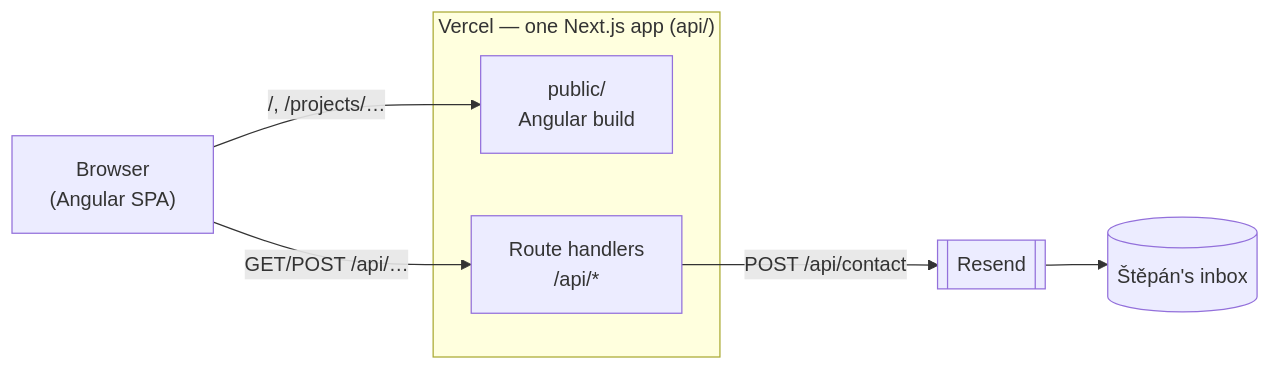
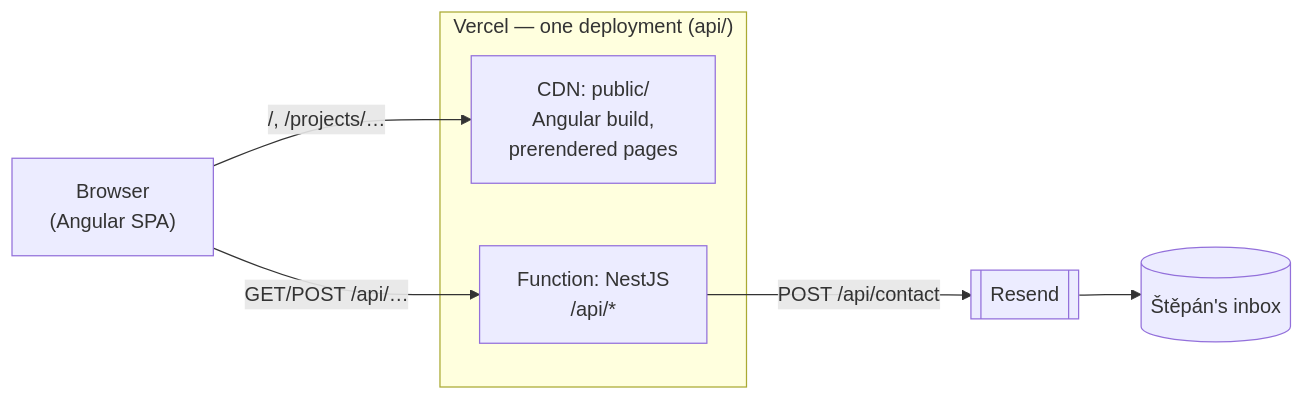
Before and after one commit to stepan-omelka/portfolio: the first of 2 diagrams in ARCHITECTURE.md, drawn with Mermaid. The commit also changed other lines of this file and 13 other files, not shown here.

Commit message:
docs: describe the NestJS API and how Vercel serves it

````diff
--- a/ARCHITECTURE.md
+++ b/ARCHITECTURE.md
@@ -13,14 +14,14 @@
 ```mermaid
 graph LR
   B["Browser<br/>(Angular SPA)"]
-  subgraph V["Vercel — one Next.js app (api/)"]
-    P["public/<br/>Angular build"]
-    R["Route handlers<br/>/api/*"]
+  subgraph V["Vercel — one deployment (api/)"]
+    P["CDN: public/<br/>Angular build,<br/>prerendered pages"]
+    R["Function: NestJS<br/>/api/*"]
   end
   RS[["Resend"]]
   M[("Štěpán's inbox")]
 
   B -->|"/, /projects/…"| P
   B -->|"GET/POST /api/…"| R
   R -->|"POST /api/contact"| RS --> M
 ```
````
